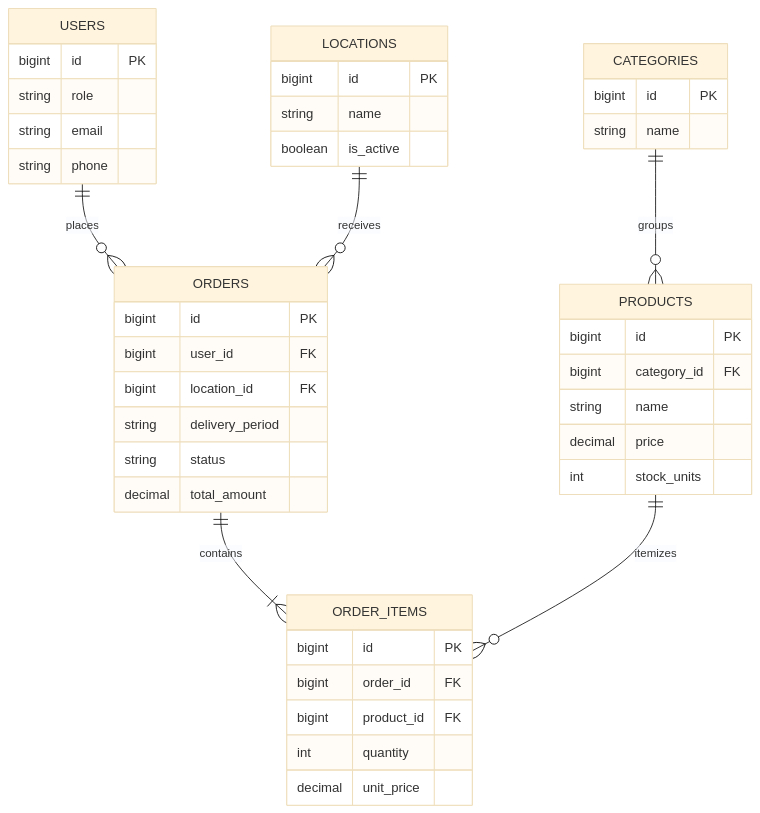
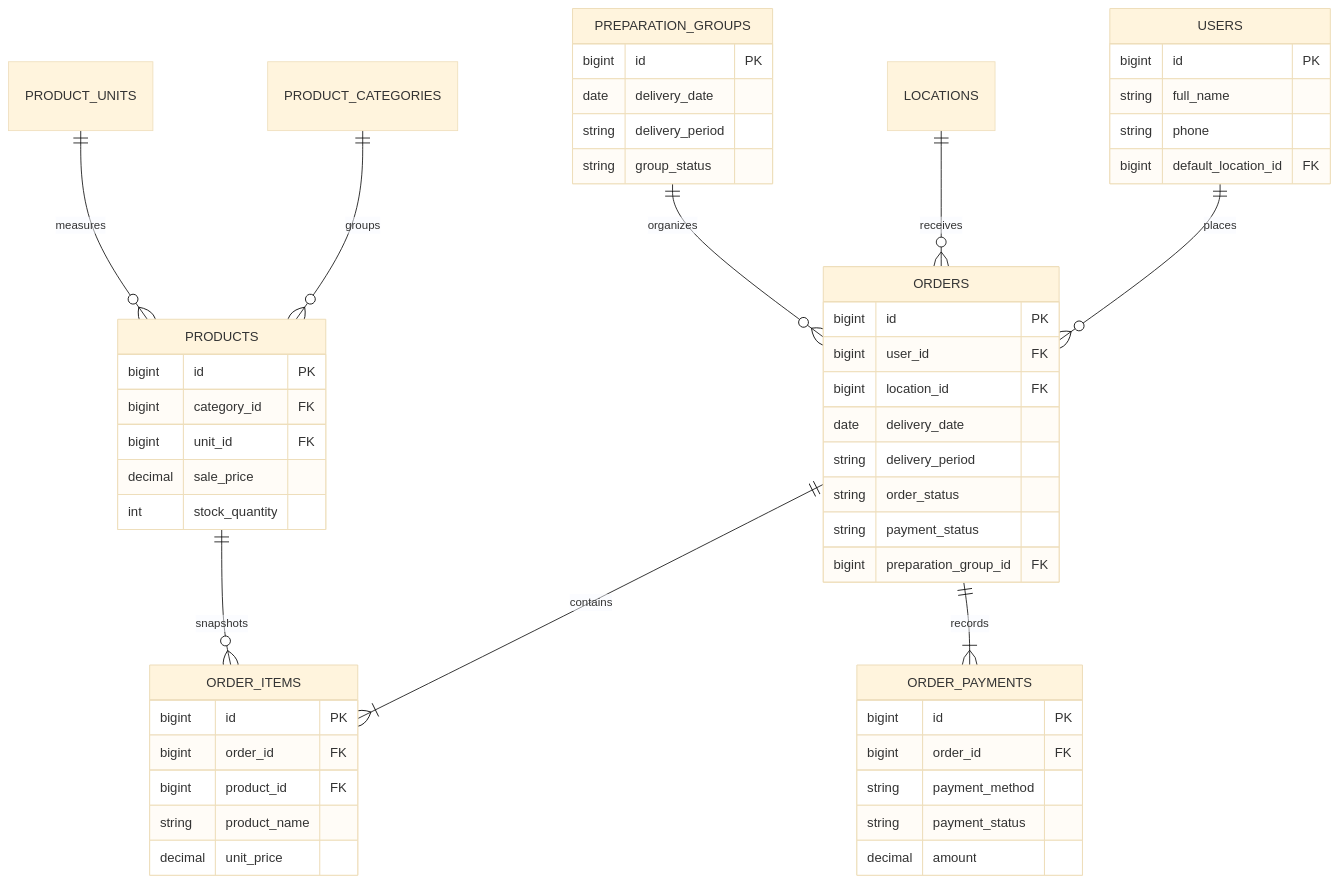
The diagram in openwiki/domain-model.md (bank188950/shop), drawn with Mermaid (base theme) before and after one commit. The commit also changed other lines of this file and 27 other files, not shown here.

````diff
--- a/openwiki/domain-model.md
+++ b/openwiki/domain-model.md
@@ -12,45 +13,54 @@
 ```mermaid
 erDiagram
     USERS ||--o{ ORDERS : places
     LOCATIONS ||--o{ ORDERS : receives
-    CATEGORIES ||--o{ PRODUCTS : groups
+    PRODUCT_CATEGORIES ||--o{ PRODUCTS : groups
+    PRODUCT_UNITS ||--o{ PRODUCTS : measures
     ORDERS ||--|{ ORDER_ITEMS : contains
-    PRODUCTS ||--o{ ORDER_ITEMS : itemizes
+    PRODUCTS ||--o{ ORDER_ITEMS : snapshots
+    ORDERS ||--|{ ORDER_PAYMENTS : records
+    PREPARATION_GROUPS ||--o{ ORDERS : organizes
     USERS {
         bigint id PK
-        string role
-        string email
+        string full_name
         string phone
-    }
-    LOCATIONS {
-        bigint id PK
-        string name
-        boolean is_active
-    }
-    CATEGORIES {
-        bigint id PK
-        string name
-    }
-    PRODUCTS {
-        bigint id PK
-        bigint category_id FK
-        string name
-        decimal price
-        int stock_units
+        bigint default_location_id FK
     }
     ORDERS {
         bigint id PK
         bigint user_id FK
         bigint location_id FK
+        date delivery_date
         string delivery_period
-        string status
-        decimal total_amount
+        string order_status
+        string payment_status
+        bigint preparation_group_id FK
     }
     ORDER_ITEMS {
         bigint id PK
         bigint order_id FK
         bigint product_id FK
-        int quantity
+        string product_name
         decimal unit_price
     }
+    ORDER_PAYMENTS {
+        bigint id PK
+        bigint order_id FK
+        string payment_method
+        string payment_status
+        decimal amount
+    }
+    PREPARATION_GROUPS {
+        bigint id PK
+        date delivery_date
+        string delivery_period
+        string group_status
+    }
+    PRODUCTS {
+        bigint id PK
+        bigint category_id FK
+        bigint unit_id FK
+        decimal sale_price
+        int stock_quantity
+    }
 ```
````
